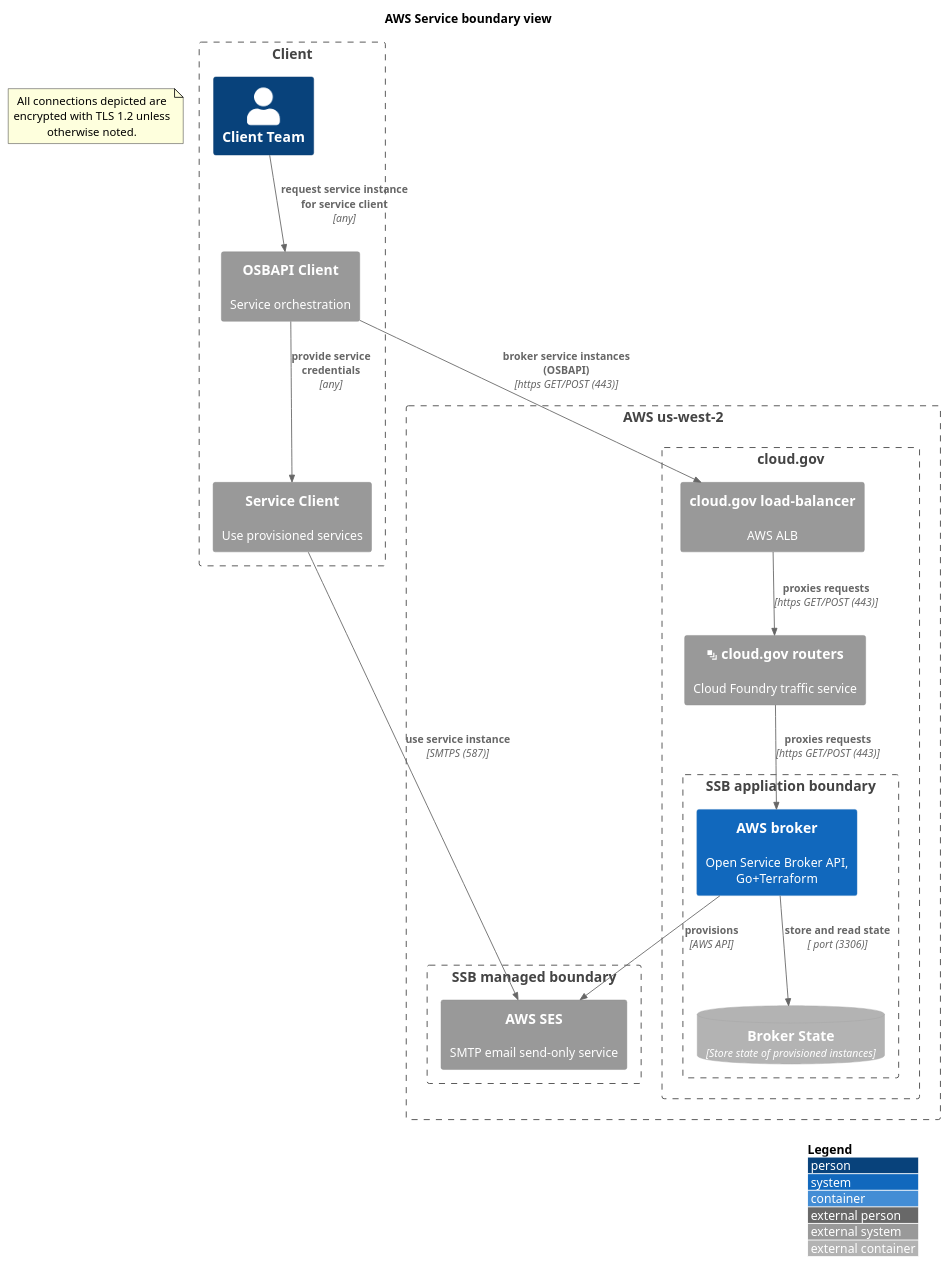
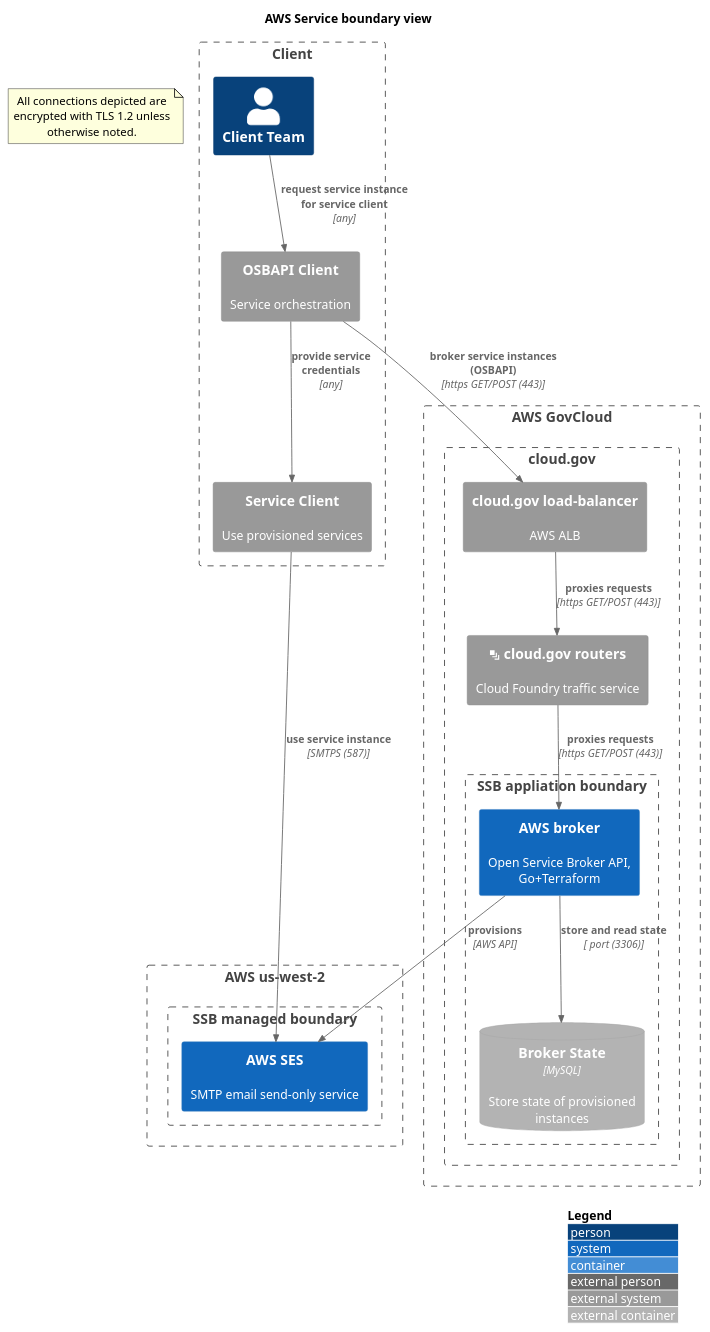
Before and after one commit to GSA/datagov-compliance: the diagram in aws-service.md, drawn with PlantUML.

Commit message:
Tweaks
- Include SES as system component
- Include GovCloud
- Specify MySQL for broker state

```diff
--- a/aws-service.md
+++ b/aws-service.md
@@ -1,36 +1,38 @@
 @startuml
 !include https://raw.githubusercontent.com/plantuml-stdlib/C4-PlantUML/master/C4_Container.puml
 ' uncomment the following line and comment the first to use locally
 ' !include C4_Container.puml
 LAYOUT_WITH_LEGEND()
 title AWS Service boundary view
 Boundary(client, "Client") {
   Person(client_team, "Client Team")
   System_Ext(osbapi_client, "OSBAPI Client", "Service orchestration")
   System_Ext(service_client, "Service Client", "Use provisioned services")
   Rel(osbapi_client, service_client, "provide service credentials", "any")
   Rel(client_team, osbapi_client, "request service instance for service client", "any")
 }
 note as EncryptionNote
 All connections depicted are encrypted with TLS 1.2 unless otherwise noted.
 end note
 Boundary(aws, "AWS us-west-2") {
     Boundary(iaas, "SSB managed boundary") {
-        System_Ext(aws_ses, "AWS SES", "SMTP email send-only service")
+        System(aws_ses, "AWS SES", "SMTP email send-only service")
     }
+}
+Boundary(aws_govcloud, "AWS GovCloud") {
     Boundary(cloudgov, "cloud.gov") {
         System_Ext(aws_cg_alb, "cloud.gov load-balancer", "AWS ALB")
         System_Ext(cloudgov_router, "<&layers> cloud.gov routers", "Cloud Foundry traffic service")
         Boundary(atob, "SSB appliation boundary") {
             System(ssb_app, "AWS broker", "Open Service Broker API, Go+Terraform")
-	    ContainerDb_Ext(ssb_db, "Broker State", "Store state of provisioned instances")
+	    ContainerDb_Ext(ssb_db, "Broker State", "MySQL", "Store state of provisioned instances")
         }
     }
 }
 Rel(ssb_app, aws_ses, "provisions", "AWS API")
 Rel(osbapi_client, aws_cg_alb, "broker service instances (OSBAPI)", "https GET/POST (443)")
 Rel(aws_cg_alb, cloudgov_router, "proxies requests", "https GET/POST (443)")
 Rel(cloudgov_router, ssb_app, "proxies requests", "https GET/POST (443)")
 Rel(ssb_app, ssb_db, "store and read state", " port (3306)")
 Rel(service_client, aws_ses, "use service instance", "SMTPS (587)")
 @enduml
```
